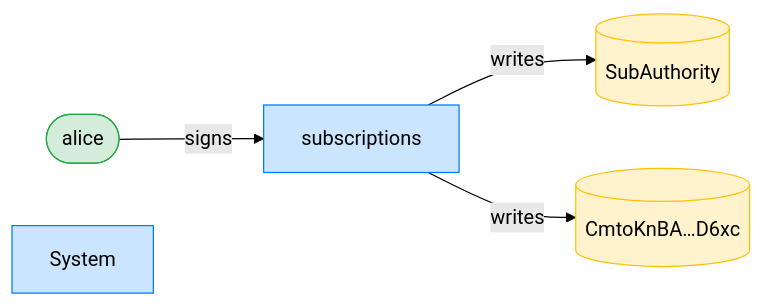
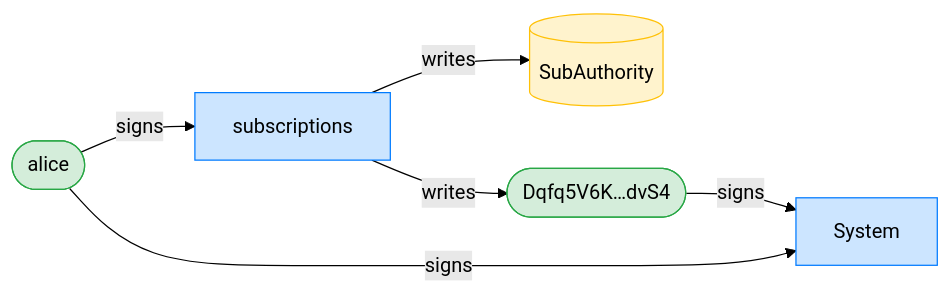
Before and after one commit to cds-rs/subscriptions: the seventh of 8 diagrams in dsl_tests/reject-a-duplicate-delegation-nonce.md, drawn with Mermaid (forest theme). The commit also changed other lines of this file and 224 other files, not shown here.

````diff
--- a/dsl_tests/reject-a-duplicate-delegation-nonce.md
+++ b/dsl_tests/reject-a-duplicate-delegation-nonce.md
@@ -130,14 +136,16 @@
 ```mermaid
 flowchart LR
     classDef signer fill:#d4edda,stroke:#28a745;
     classDef program fill:#cce5ff,stroke:#007bff;
     classDef writable fill:#fff3cd,stroke:#ffc107;
     subscriptions[subscriptions]:::program
     alice([alice]):::signer
     SubAuthority[(SubAuthority)]:::writable
-    CmtoKnBA_D6xc[("CmtoKnBA…D6xc")]:::writable
+    Dqfq5V6K_dvS4(["Dqfq5V6K…dvS4"]):::signer
     System[System]:::program
     alice -->|signs| subscriptions
+    alice -->|signs| System
+    Dqfq5V6K_dvS4 -->|signs| System
     subscriptions -->|writes| SubAuthority
-    subscriptions -->|writes| CmtoKnBA_D6xc
+    subscriptions -->|writes| Dqfq5V6K_dvS4
 ```
````
